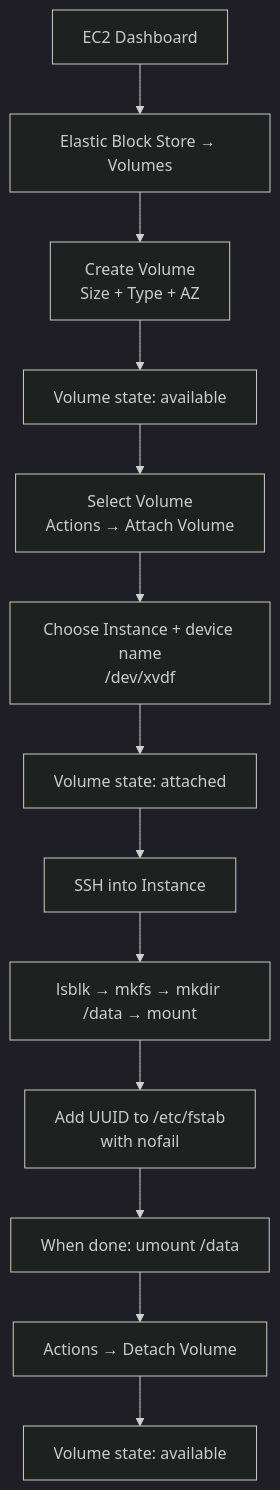
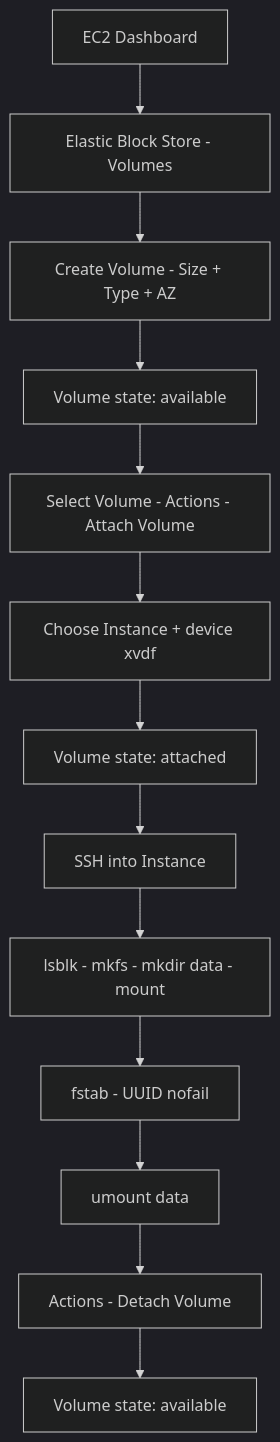
One commit to abuabddullah/floci changed the third of 3 diagrams in Day5-EBS-floci/Day5-en-EBS-floci.md. Above: the diagram before and after it, drawn with Mermaid (dark theme). The commit also changed other lines of this file and 4 other files, not shown here.

Commit message:
Add Day 5: Amazon EBS tutorial with Mermaid diagrams and update guidelines for diagram rules

````diff
--- a/Day5-EBS-floci/Day5-en-EBS-floci.md
+++ b/Day5-EBS-floci/Day5-en-EBS-floci.md
@@ -593,15 +620,15 @@
 ```mermaid
 flowchart TD
-    A[EC2 Dashboard] --> B[Elastic Block Store → Volumes]
-    B --> C[Create Volume\nSize + Type + AZ]
+    A[EC2 Dashboard] --> B[Elastic Block Store - Volumes]
+    B --> C[Create Volume - Size + Type + AZ]
     C --> D[Volume state: available]
-    D --> E[Select Volume\nActions → Attach Volume]
-    E --> F[Choose Instance + device name\n/dev/xvdf]
+    D --> E[Select Volume - Actions - Attach Volume]
+    E --> F[Choose Instance + device xvdf]
     F --> G[Volume state: attached]
     G --> H[SSH into Instance]
-    H --> I[lsblk → mkfs → mkdir /data → mount]
-    I --> J[Add UUID to /etc/fstab\nwith nofail]
-    J --> K[When done: umount /data]
-    K --> L[Actions → Detach Volume]
+    H --> I[lsblk - mkfs - mkdir data - mount]
+    I --> J[fstab - UUID nofail]
+    J --> K[umount data]
+    K --> L[Actions - Detach Volume]
     L --> M[Volume state: available]
 ```
````
